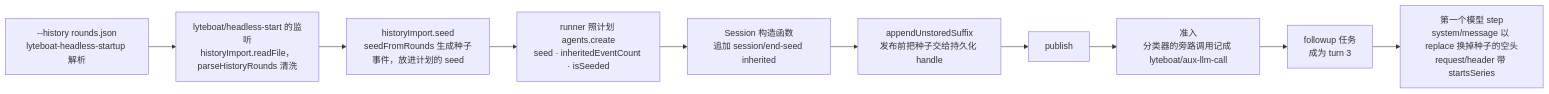
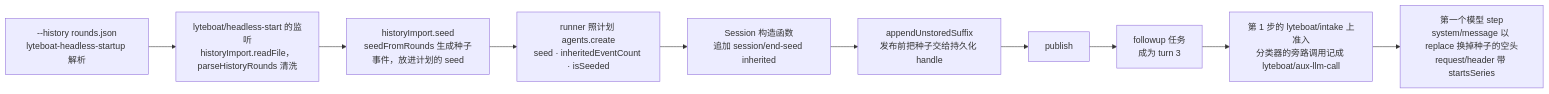
Before and after one commit to lyteboat/lyteboat: diagram 11 of 11 in docs/01-architecture.md, drawn with Mermaid. The commit also changed other lines of this file and 7 other files, not shown here.

First line of the commit message:
docs: @lyteboat/request-admission — the docs describe admission at each turn's first step

````diff
--- a/docs/01-architecture.md
+++ b/docs/01-architecture.md
@@ -1208,12 +1203,12 @@
 ```mermaid
 flowchart LR
   arg["--history rounds.json<br/>lyteboat-headless-startup 解析"] --> rf["lyteboat/headless-start 的监听<br/>historyImport.readFile，parseHistoryRounds 清洗"]
   rf --> sd["historyImport.seed<br/>seedFromRounds 生成种子事件，放进计划的 seed"]
   sd --> cr["runner 照计划 agents.create<br/>seed · inheritedEventCount · isSeeded"]
   cr --> es["Session 构造函数<br/>追加 session/end-seed inherited"]
   es --> st["appendUnstoredSuffix<br/>发布前把种子交给持久化 handle"]
   st --> pub["publish"]
-  pub --> adm["准入<br/>分类器的旁路调用记成 lyteboat/aux-llm-call"]
-  adm --> task["followup 任务<br/>成为 turn 3"]
-  task --> rep["第一个模型 step<br/>system/message 以 replace 换掉种子的空头<br/>request/header 带 startsSeries"]
+  pub --> task["followup 任务<br/>成为 turn 3"]
+  task --> adm["第 1 步的 lyteboat/intake 上准入<br/>分类器的旁路调用记成 lyteboat/aux-llm-call"]
+  adm --> rep["第一个模型 step<br/>system/message 以 replace 换掉种子的空头<br/>request/header 带 startsSeries"]
 ```
````
